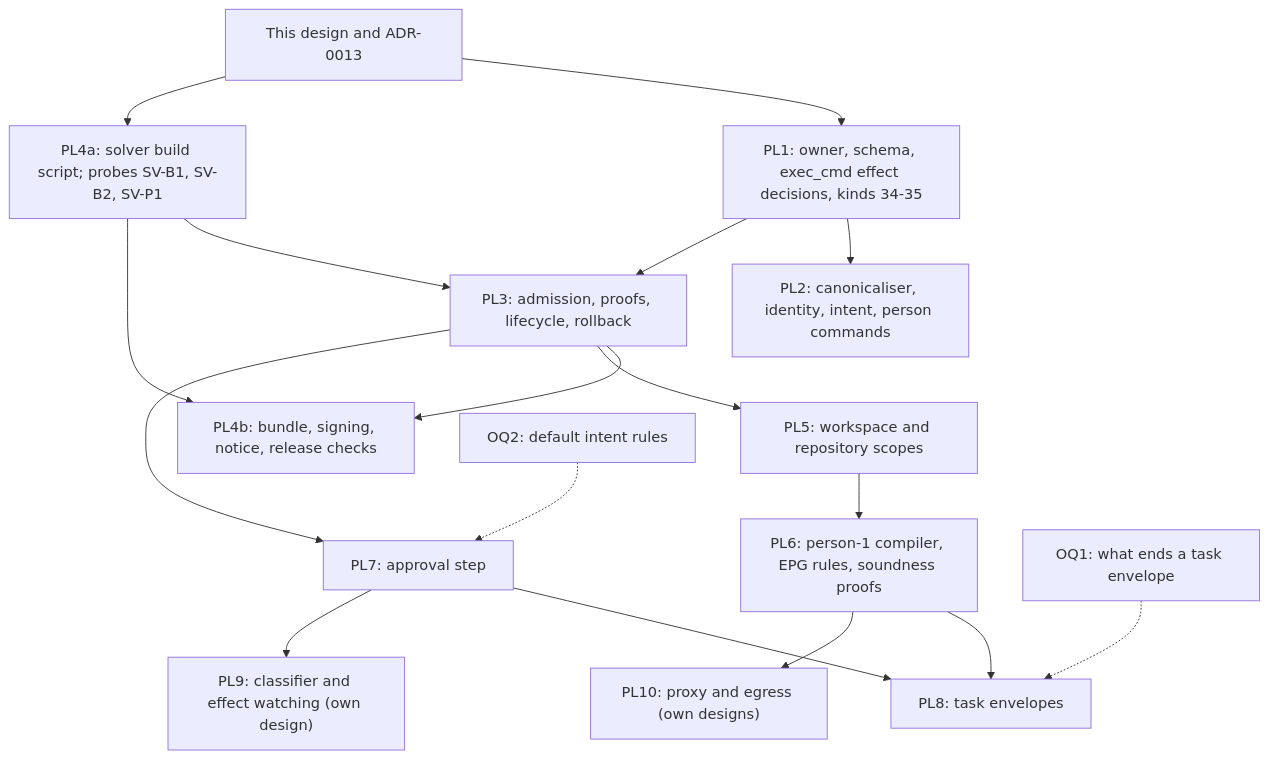
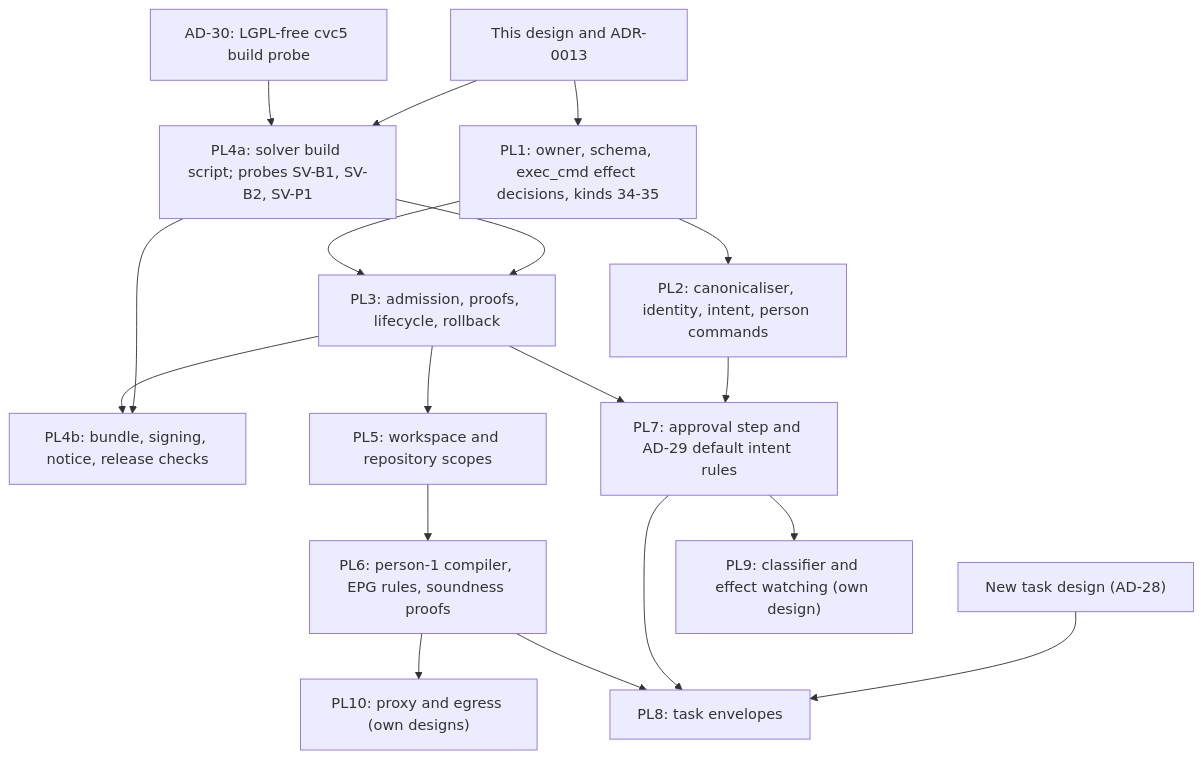
Before and after one commit to pidster/asura: diagram 14 of 14 in docs/designs/security-policy.md, drawn with Mermaid. The commit also changed other lines of this file and 4 other files, not shown here.

````diff
--- a/docs/designs/security-policy.md
+++ b/docs/designs/security-policy.md
@@ -1893,19 +1926,20 @@
 ```mermaid
 flowchart TD
     D["This design and ADR-0013"] --> PL1["PL1: owner, schema, exec_cmd effect decisions, kinds 34-35"]
-    D --> PL4a["PL4a: solver build script; probes SV-B1, SV-B2, SV-P1"]
+    Probe["AD-30: LGPL-free cvc5 build probe"] --> PL4a["PL4a: solver build script; probes SV-B1, SV-B2, SV-P1"]
+    D --> PL4a
     PL1 --> PL2["PL2: canonicaliser, identity, intent, person commands"]
     PL1 --> PL3["PL3: admission, proofs, lifecycle, rollback"]
     PL4a --> PL3
     PL3 --> PL4b["PL4b: bundle, signing, notice, release checks"]
     PL4a --> PL4b
     PL3 --> PL5["PL5: workspace and repository scopes"]
     PL5 --> PL6["PL6: person-1 compiler, EPG rules, soundness proofs"]
-    PL3 --> PL7["PL7: approval step"]
-    OQ2["OQ2: default intent rules"] -.-> PL7
+    PL3 --> PL7["PL7: approval step and AD-29 default intent rules"]
+    PL2 --> PL7
     PL6 --> PL8["PL8: task envelopes"]
     PL7 --> PL8
-    OQ1["OQ1: what ends a task envelope"] -.-> PL8
+    Task["New task design (AD-28)"] --> PL8
     PL7 --> PL9["PL9: classifier and effect watching (own design)"]
     PL6 --> PL10["PL10: proxy and egress (own designs)"]
 ```
````
